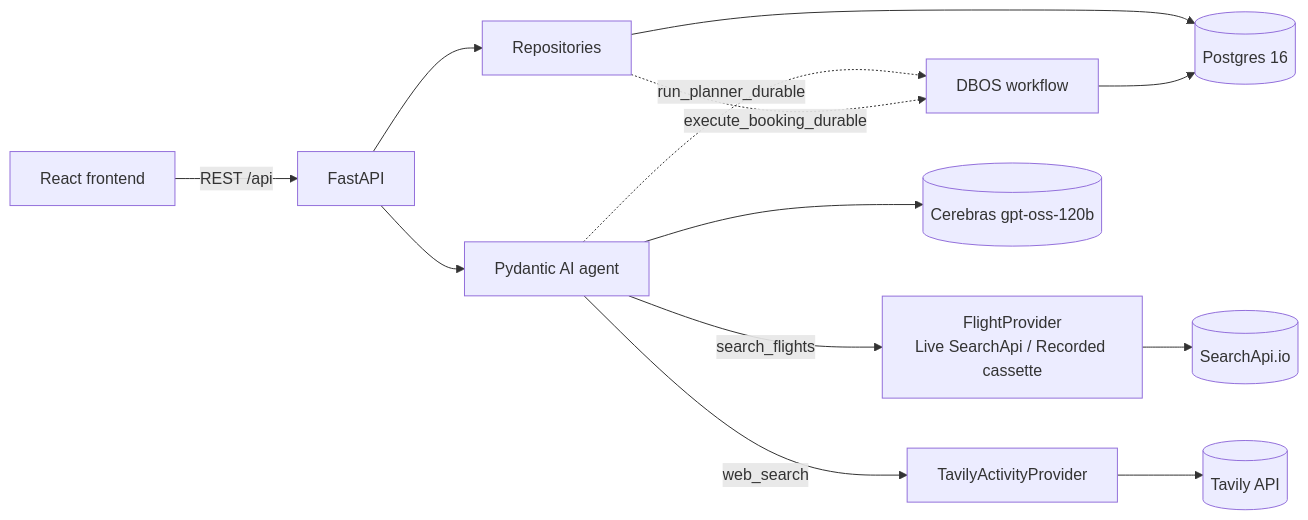
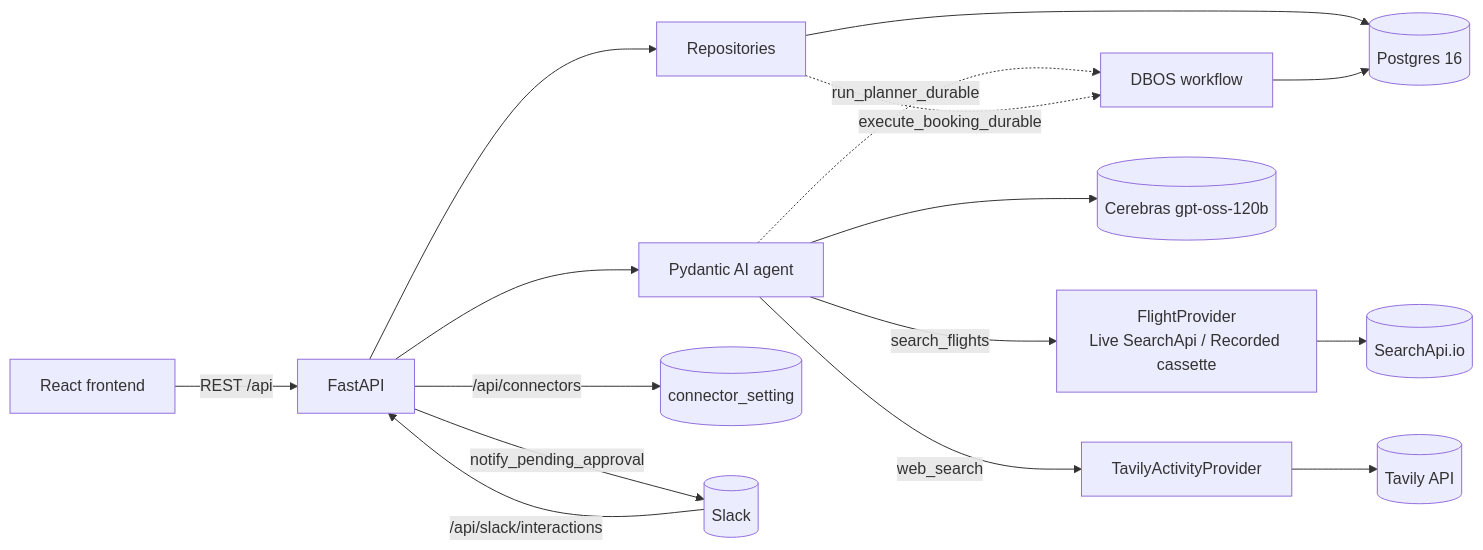
One commit to tonytrieu-dev/travel-agent changed the diagram in docs/ARCHITECTURE.md. Above: the diagram before and after it, drawn with Mermaid. The commit also changed other lines of this file and 4 other files, not shown here.

First line of the commit message:
docs: record Slack connector architecture, drop its superseded plan

````diff
--- a/docs/ARCHITECTURE.md
+++ b/docs/ARCHITECTURE.md
@@ -5,15 +5,18 @@
 ```mermaid
 flowchart LR
     UI[React frontend] -->|REST /api| API[FastAPI]
     API --> Repo[Repositories]
     Repo --> DB[(Postgres 16)]
     API --> Agent[Pydantic AI agent]
     Agent -->|search_flights| Flights[FlightProvider\nLive SearchApi / Recorded cassette]
     Agent -->|web_search| Tavily[TavilyActivityProvider]
     Flights --> SearchApi[(SearchApi.io)]
     Tavily --> TavilyAPI[(Tavily API)]
     Agent --> Cerebras[(Cerebras gpt-oss-120b)]
     Agent -.->|run_planner_durable| DBOS[DBOS workflow]
     Repo -.->|execute_booking_durable| DBOS
     DBOS --> DB
+    API -->|/api/connectors| ConnSetting[(connector_setting)]
+    API -->|notify_pending_approval| Slack[(Slack)]
+    Slack -->|/api/slack/interactions| API
 ```
````
